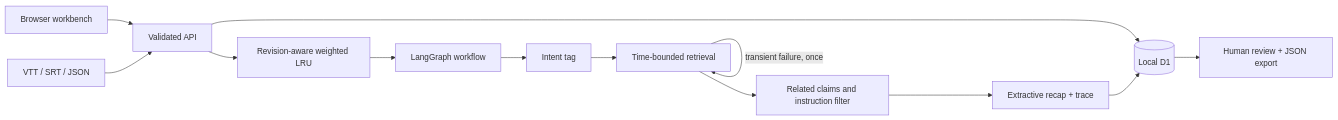
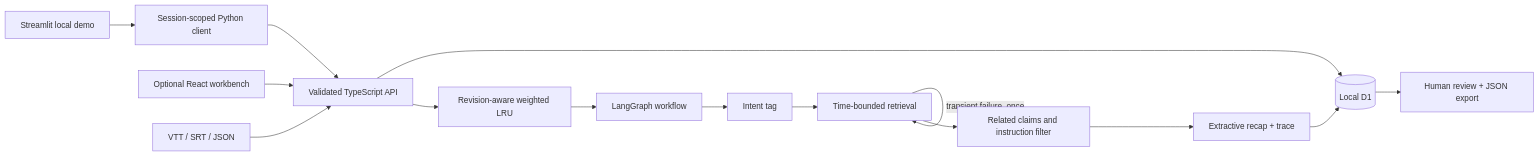
One commit to sivalinb/racetime-copilot changed the diagram in docs/architecture.md. Above: the diagram before and after it, drawn with Mermaid. The commit also changed other lines of this file and 19 other files, not shown here.

Commit message:
Add tested Streamlit local demo and personalize brochure illustrations

````diff
--- a/docs/architecture.md
+++ b/docs/architecture.md
@@ -3,15 +3,17 @@
 ```mermaid
 flowchart LR
-  UI[Browser workbench] --> API[Validated API]
+  UI[Streamlit local demo] --> Client[Session-scoped Python client]
+  Client --> API[Validated TypeScript API]
+  Web[Optional React workbench] --> API
   Import[VTT / SRT / JSON] --> API
   API --> DB[(Local D1)]
   API --> Cache[Revision-aware weighted LRU]
   Cache --> Graph[LangGraph workflow]
   Graph --> Route[Intent tag]
   Route --> Retrieve[Time-bounded retrieval]
   Retrieve -->|transient failure, once| Retrieve
   Retrieve --> Verify[Related claims and instruction filter]
   Verify --> Recap[Extractive recap + trace]
   Recap --> DB
   DB --> Review[Human review + JSON export]
 ```
````
